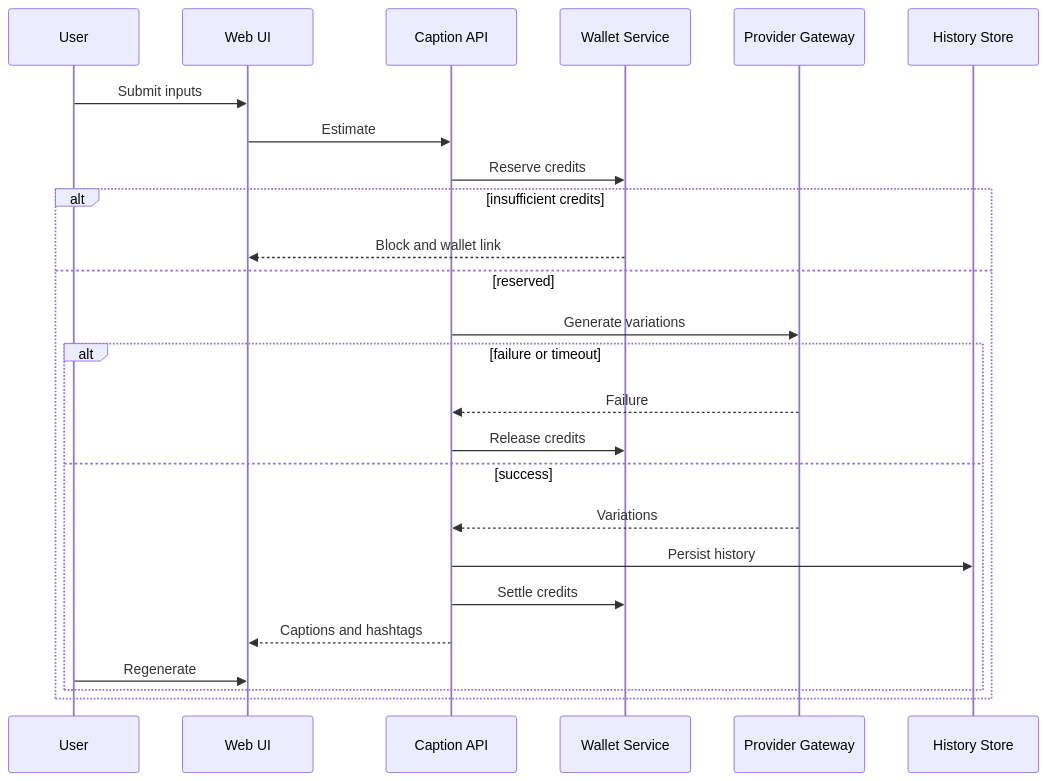
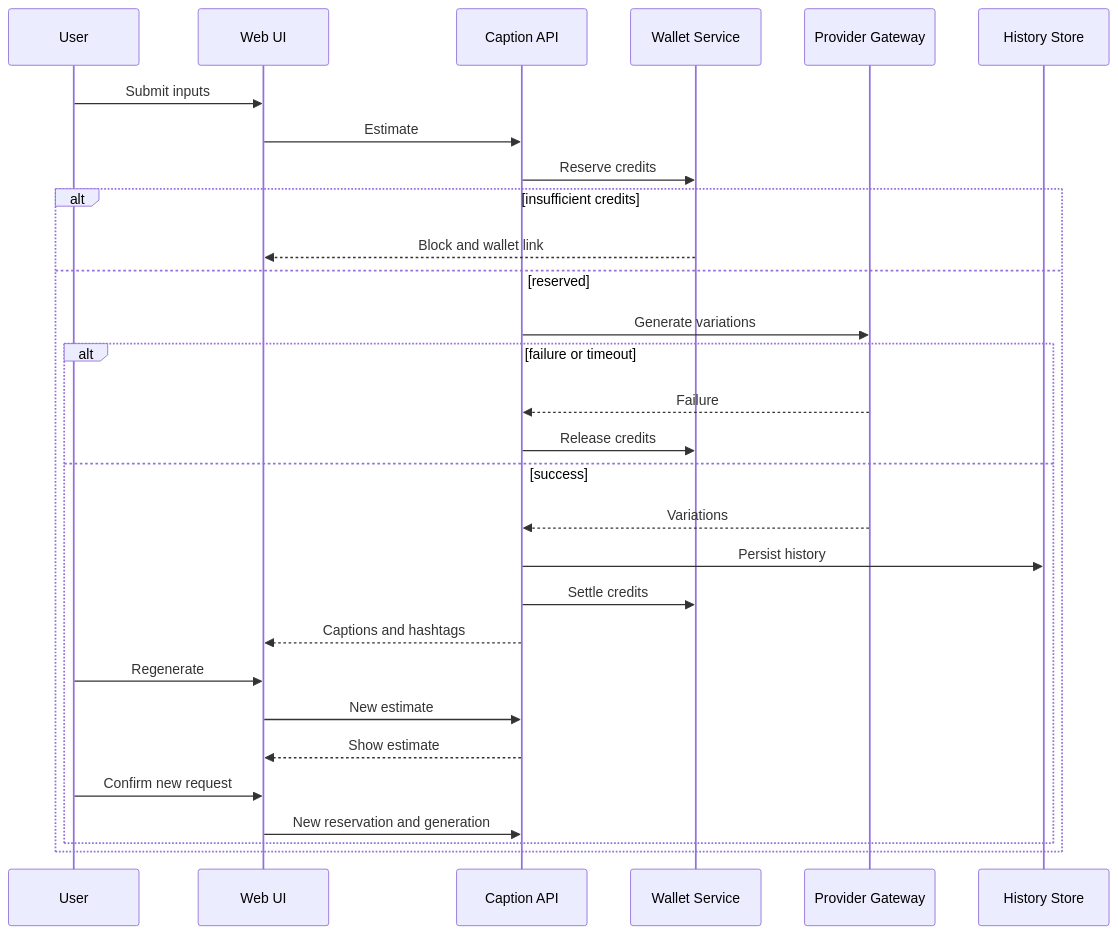
The diagram in docs/product/INSTAGRAM_CAPTION_GENERATOR_PRD.md (maryamghabel2-cloud/ai-subscription-platform), drawn with Mermaid before and after one commit. The commit also changed other lines of this file, not shown here.

````diff
--- a/docs/product/INSTAGRAM_CAPTION_GENERATOR_PRD.md
+++ b/docs/product/INSTAGRAM_CAPTION_GENERATOR_PRD.md
@@ -120,27 +124,31 @@
 ```mermaid
 sequenceDiagram
 participant U as User
 participant UI as Web UI
 participant API as Caption API
 participant W as Wallet Service
 participant P as Provider Gateway
 participant H as History Store
 U->>UI: Submit inputs
 UI->>API: Estimate
 API->>W: Reserve credits
 alt insufficient credits
 W-->>UI: Block and wallet link
 else reserved
 API->>P: Generate variations
 alt failure or timeout
 P-->>API: Failure
 API->>W: Release credits
 else success
 P-->>API: Variations
 API->>H: Persist history
 API->>W: Settle credits
 API-->>UI: Captions and hashtags
 U->>UI: Regenerate
+UI->>API: New estimate
+API-->>UI: Show estimate
+U->>UI: Confirm new request
+UI->>API: New reservation and generation
 end
 end
 ```
````
